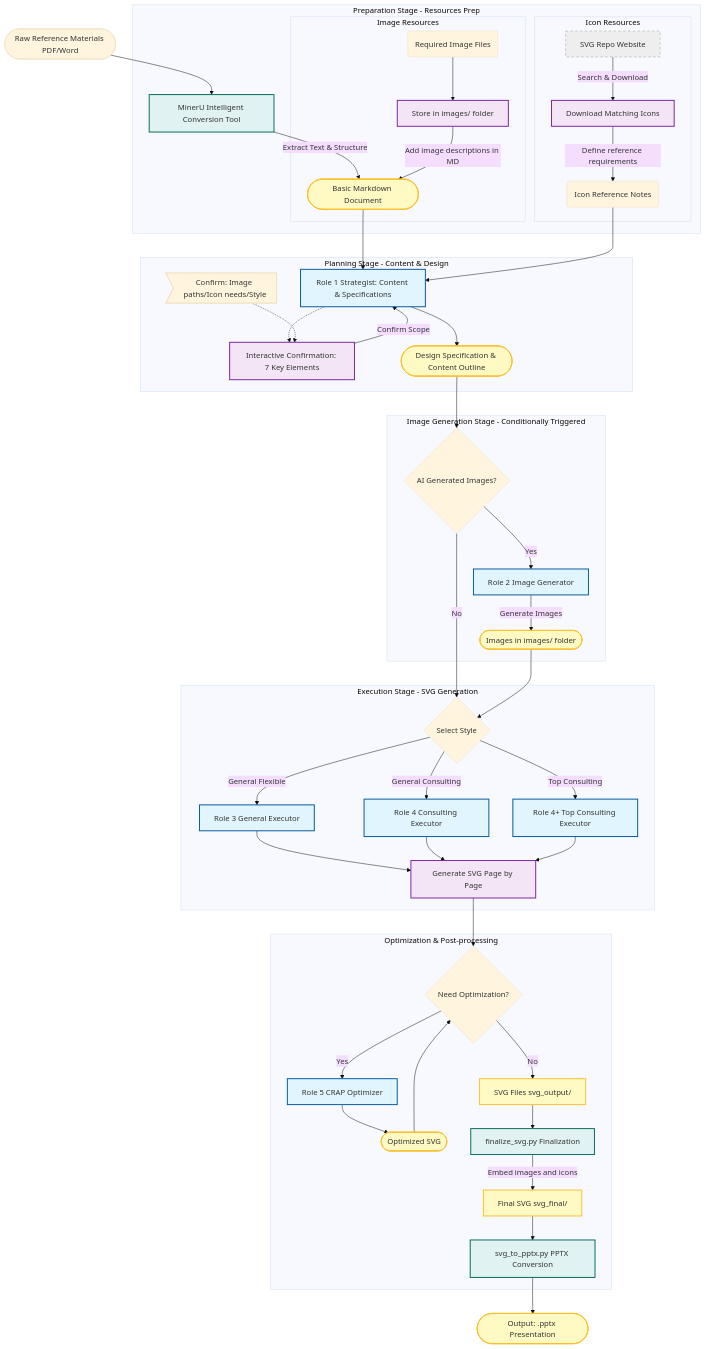
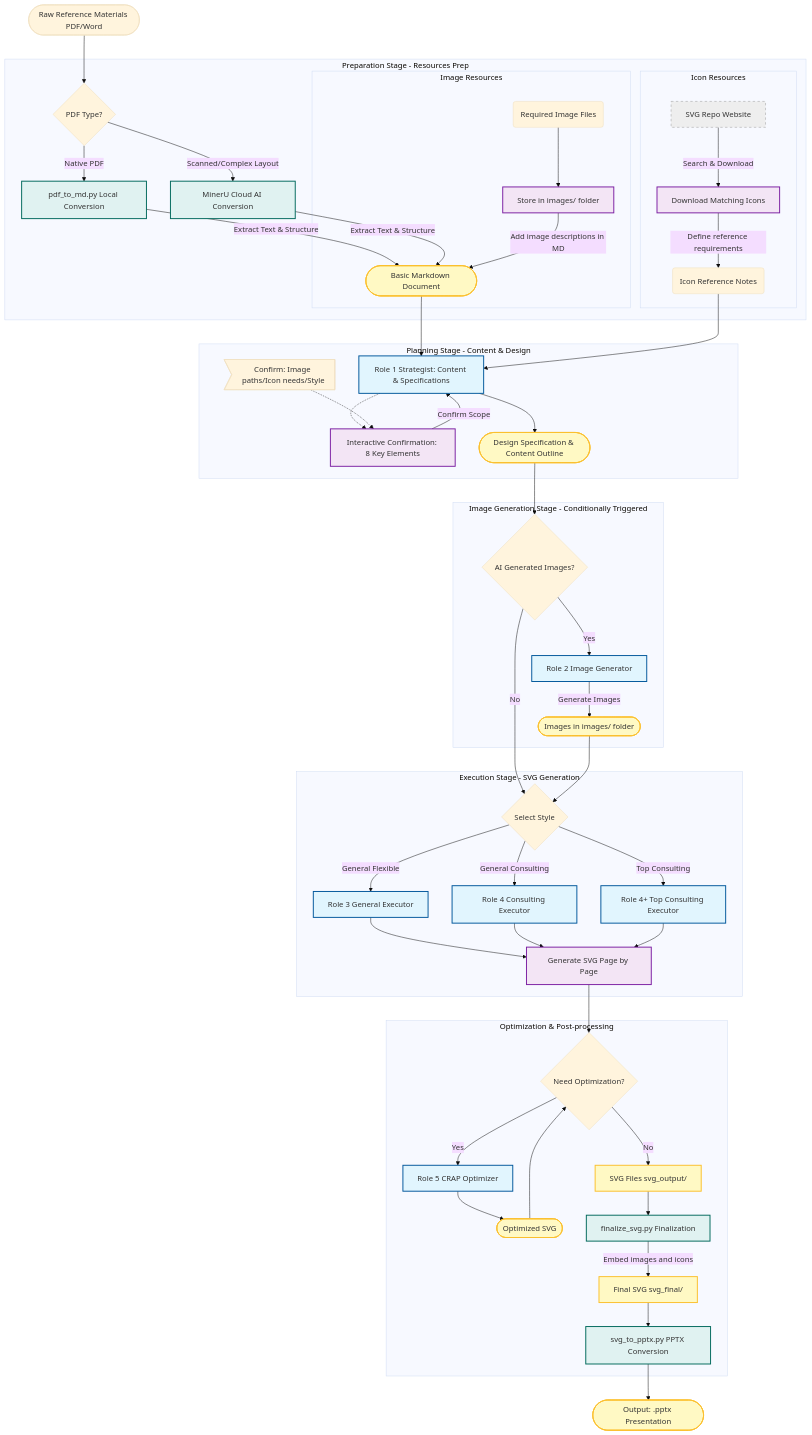
One commit to hugohe3/ppt-master changed the diagram in README_EN.md. Above: the diagram before and after it, drawn with Mermaid (base theme). The commit also changed other lines of this file and 4 other files, not shown here.

First line of the commit message:
feat(tools): 添加 PDF 转 Markdown 本地转换工具

```diff
--- a/README_EN.md
+++ b/README_EN.md
@@ -199,13 +199,15 @@
     classDef external fill:#eee,stroke:#999,stroke-width:1px,stroke-dasharray: 5 5;
 
     %% Entry Point
-    RawDoc([Raw Reference Materials PDF/Word]) --> Mineru
+    RawDoc([Raw Reference Materials PDF/Word]) --> PDFConvert{PDF Type?}
 
     %% Preparation Stage
     subgraph Preparation [Preparation Stage - Resources Prep]
-        Mineru[MinerU Intelligent Conversion Tool]:::tool
+        PDFConvert -- Native PDF --> PyMuPDF[pdf_to_md.py Local Conversion]:::tool
+        PDFConvert -- Scanned/Complex Layout --> Mineru[MinerU Cloud AI Conversion]:::tool
         
-        Mineru -- Extract Text & Structure --> MD([Basic Markdown Document]):::artifact
+        PyMuPDF -- Extract Text & Structure --> MD([Basic Markdown Document]):::artifact
+        Mineru -- Extract Text & Structure --> MD
         
         %% Image Processing Flow
         subgraph ImageFlow [Image Resources]
@@ -229,7 +231,7 @@
         Strategist[Role 1 Strategist: Content & Specifications]:::role
         
         %% Interactive Confirmation
-        Strategist -.-> Confirm1[Interactive Confirmation: 7 Key Elements]:::userAction
+        Strategist -.-> Confirm1[Interactive Confirmation: 8 Key Elements]:::userAction
         Confirm1 -- Confirm Scope --> Strategist
         
         %% Notes
```
